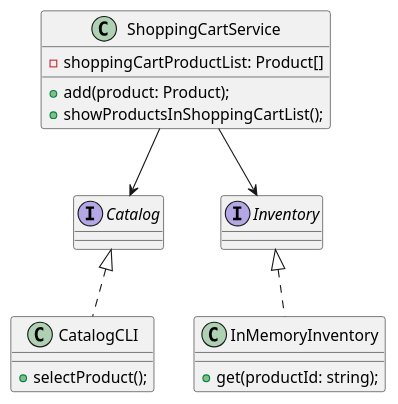
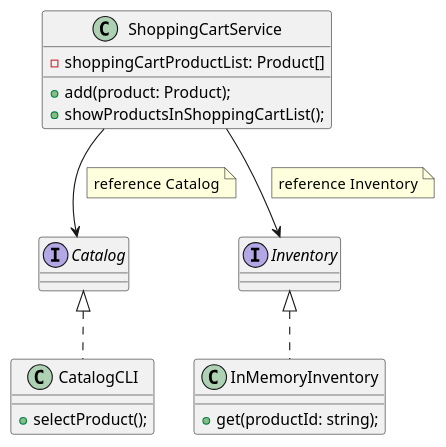
Before and after one commit to takumab/medical-supply-order-system-api-: the diagram in catalog-basket-inventory.puml, drawn with PlantUML.

Commit message:
Add notes to class diagram

```diff
--- a/catalog-basket-inventory.puml
+++ b/catalog-basket-inventory.puml
@@ -1,27 +1,29 @@
 @startuml
 
 interface Catalog
 interface Inventory
 
 
 
 class CatalogCLI implements Catalog
 class InMemoryInventory implements Inventory
 ShoppingCartService --> Catalog
+note on link: reference  Catalog
 ShoppingCartService --> Inventory
+note on link: reference  Inventory
 
 class ShoppingCartService {
     - shoppingCartProductList: Product[]
     +add(product: Product);
     +showProductsInShoppingCartList();
 }
 
 class CatalogCLI {
     +selectProduct();
 }
 
 class InMemoryInventory {
     +get(productId: string);
 }
 
 @enduml
```
